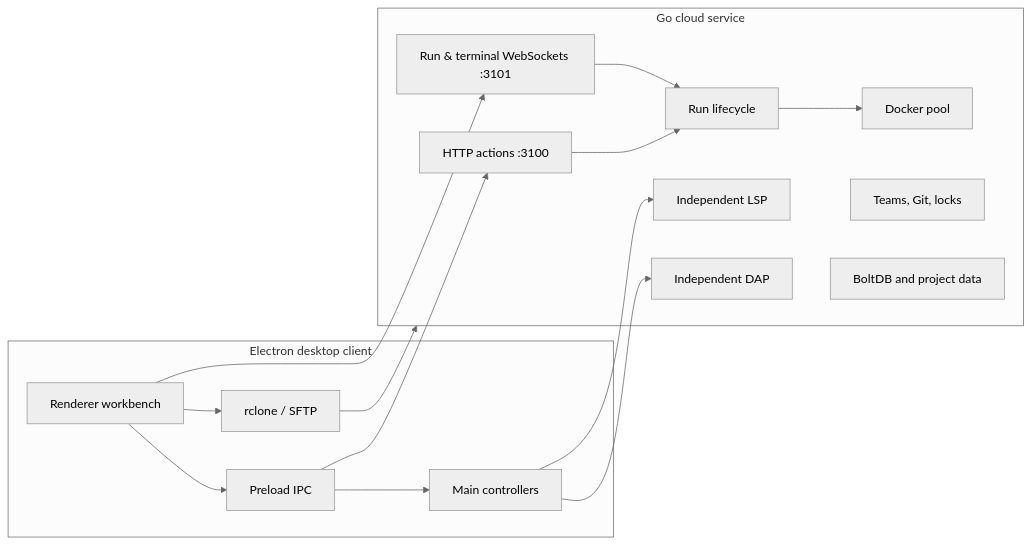
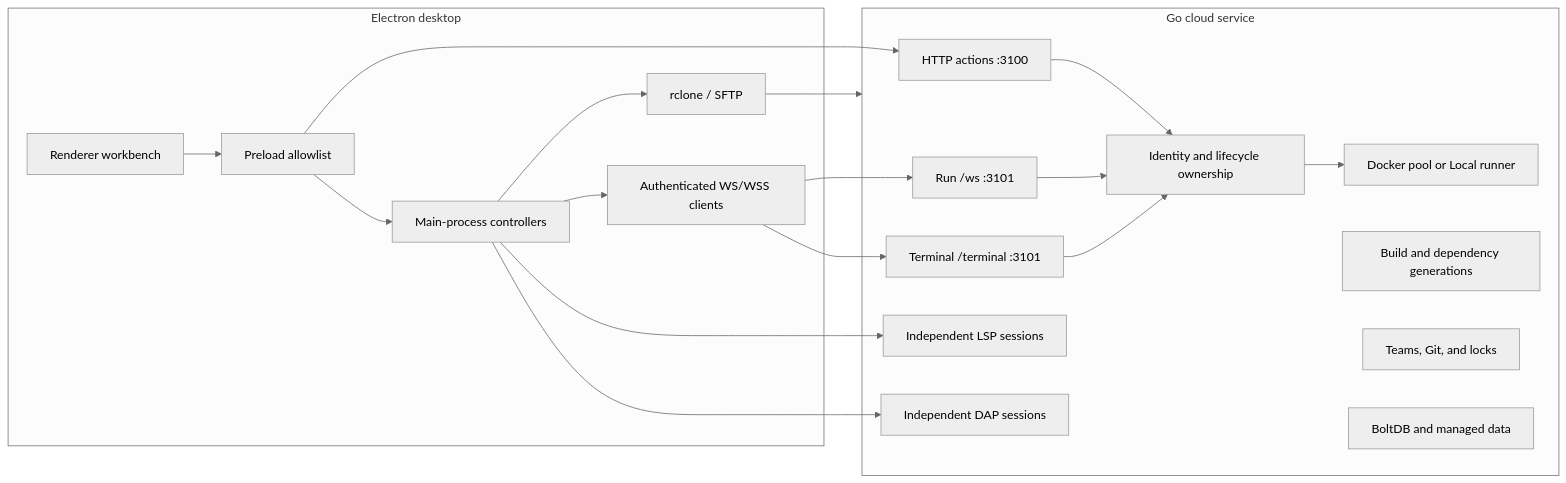
Before and after one commit to NemophilistJohn/BOBOcloud-A-cloud-based-remote-compilation-platform: the diagram in README.md, drawn with Mermaid (neutral theme). The commit also changed other lines of this file and 87 other files, not shown here.

````diff
--- a/README.md
+++ b/README.md
@@ -134,20 +193,25 @@
 ```mermaid
 flowchart LR
-  subgraph Desktop["Electron desktop client"]
-    Renderer["Renderer workbench"] --> Preload["Preload IPC"] --> Main["Main controllers"]
-    Renderer --> Sync["rclone / SFTP"]
+  subgraph Desktop["Electron desktop"]
+    UI["Renderer workbench"] --> IPC["Preload allowlist"] --> Main["Main-process controllers"]
+    Main --> Sync["rclone / SFTP"]
+    Main --> SecureWS["Authenticated WS/WSS clients"]
   end
-  subgraph Service["Go cloud service"]
-    HTTP["HTTP actions :3100"] --> Sessions["Run lifecycle"] --> Docker["Docker pool"]
-    WS["Run & terminal WebSockets :3101"] --> Sessions
-    LSP["Independent LSP"]
-    DAP["Independent DAP"]
-    Collab["Teams, Git, locks"]
-    Store["BoltDB and project data"]
+  subgraph Cloud["Go cloud service"]
+    HTTP["HTTP actions :3100"] --> Lifecycle["Identity and lifecycle ownership"]
+    RunWS["Run /ws :3101"] --> Lifecycle
+    TermWS["Terminal /terminal :3101"] --> Lifecycle
+    Lifecycle --> Runtime["Docker pool or Local runner"]
+    LSP["Independent LSP sessions"]
+    DAP["Independent DAP sessions"]
+    Cache["Build and dependency generations"]
+    Team["Teams, Git, and locks"]
+    Data["BoltDB and managed data"]
   end
-  Sync --> Service
-  Preload --> HTTP
-  Renderer --> WS
+  Sync --> Cloud
+  IPC --> HTTP
+  SecureWS --> RunWS
+  SecureWS --> TermWS
   Main --> LSP
   Main --> DAP
 ```
````
